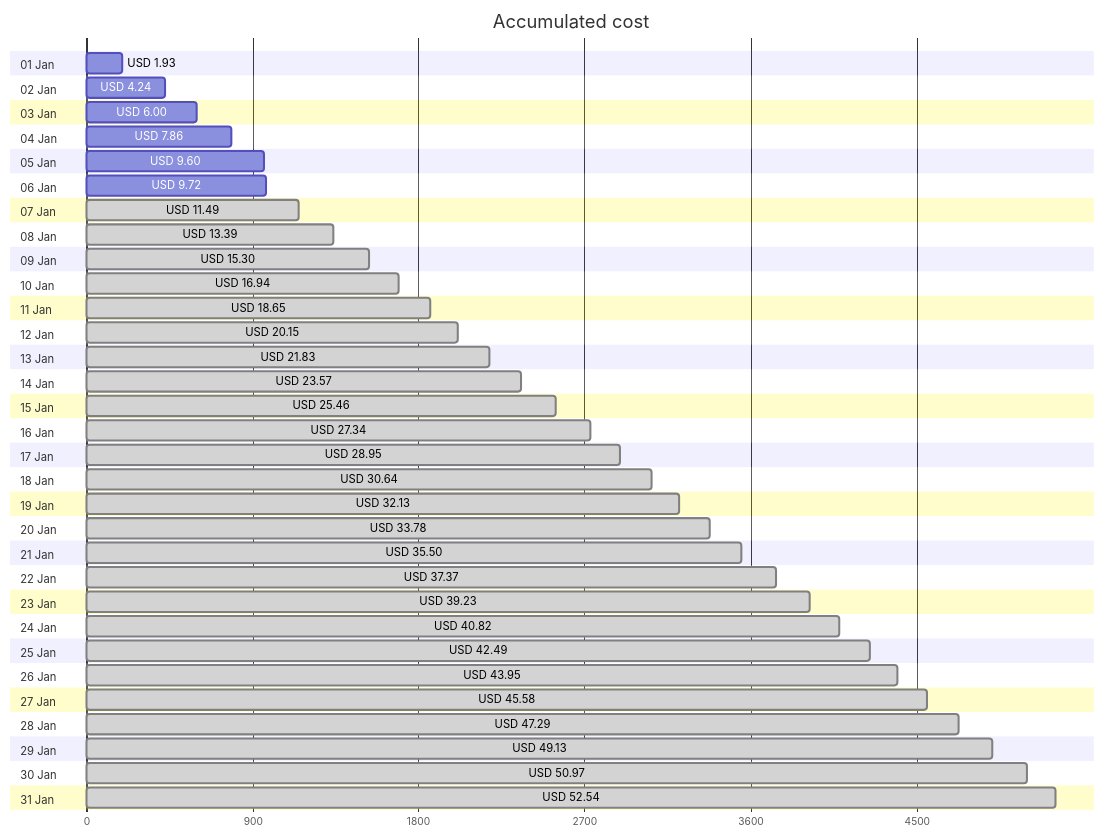
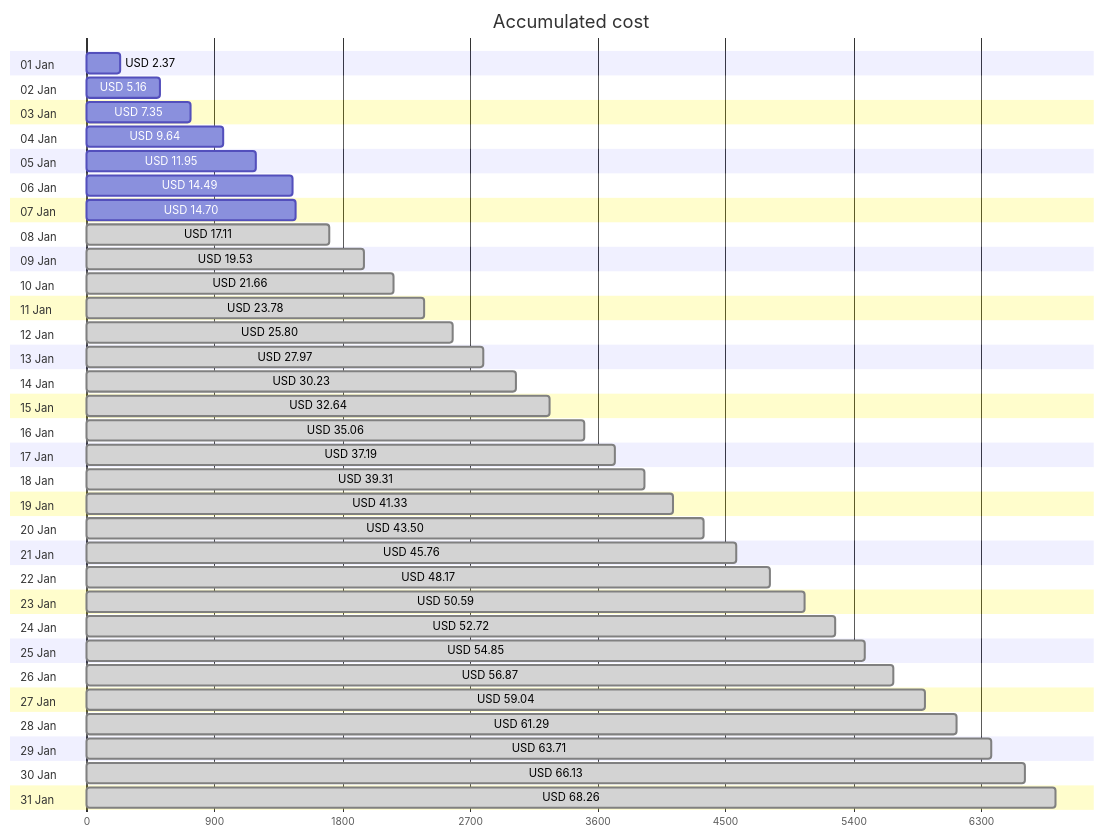
The first of 4 diagrams in cost-reports/personal-network/README.md (jpfulton/azure-personal-reports), drawn with Mermaid before and after one commit. The commit also changed other lines of this file and 8 other files, not shown here.

````diff
--- a/cost-reports/personal-network/README.md
+++ b/cost-reports/personal-network/README.md
@@ -20,68 +20,68 @@
 ```mermaid
 gantt
    title Accumulated cost
    dateFormat  X
    axisFormat %s
    section 01 Jan
-   USD 1.93 :0, 193
+   USD 2.37 :0, 237
    section 02 Jan
-   USD 4.24 :0, 424
+   USD 5.16 :0, 516
    section 03 Jan
-   USD 6.00 :0, 600
+   USD 7.35 :0, 735
    section 04 Jan
-   USD 7.86 :0, 786
+   USD 9.64 :0, 964
    section 05 Jan
-   USD 9.60 :0, 960
+   USD 11.95 :0, 1195
    section 06 Jan
-   USD 9.72 :0, 972
+   USD 14.49 :0, 1449
    section 07 Jan
-   USD 11.49 : done, 0, 1149
+   USD 14.70 :0, 1470
    section 08 Jan
-   USD 13.39 : done, 0, 1339
+   USD 17.11 : done, 0, 1711
    section 09 Jan
-   USD 15.30 : done, 0, 1530
+   USD 19.53 : done, 0, 1953
    section 10 Jan
-   USD 16.94 : done, 0, 1694
+   USD 21.66 : done, 0, 2166
    section 11 Jan
-   USD 18.65 : done, 0, 1865
+   USD 23.78 : done, 0, 2378
    section 12 Jan
-   USD 20.15 : done, 0, 2015
+   USD 25.80 : done, 0, 2580
    section 13 Jan
-   USD 21.83 : done, 0, 2183
+   USD 27.97 : done, 0, 2797
    section 14 Jan
-   USD 23.57 : done, 0, 2357
+   USD 30.23 : done, 0, 3023
    section 15 Jan
-   USD 25.46 : done, 0, 2546
+   USD 32.64 : done, 0, 3264
    section 16 Jan
-   USD 27.34 : done, 0, 2734
+   USD 35.06 : done, 0, 3506
    section 17 Jan
-   USD 28.95 : done, 0, 2895
+   USD 37.19 : done, 0, 3719
    section 18 Jan
-   USD 30.64 : done, 0, 3064
+   USD 39.31 : done, 0, 3931
    section 19 Jan
-   USD 32.13 : done, 0, 3213
+   USD 41.33 : done, 0, 4133
    section 20 Jan
-   USD 33.78 : done, 0, 3378
+   USD 43.50 : done, 0, 4350
    section 21 Jan
-   USD 35.50 : done, 0, 3550
+   USD 45.76 : done, 0, 4576
    section 22 Jan
-   USD 37.37 : done, 0, 3737
+   USD 48.17 : done, 0, 4817
    section 23 Jan
-   USD 39.23 : done, 0, 3923
+   USD 50.59 : done, 0, 5059
    section 24 Jan
-   USD 40.82 : done, 0, 4082
+   USD 52.72 : done, 0, 5272
    section 25 Jan
-   USD 42.49 : done, 0, 4249
+   USD 54.85 : done, 0, 5485
    section 26 Jan
-   USD 43.95 : done, 0, 4395
+   USD 56.87 : done, 0, 5687
    section 27 Jan
-   USD 45.58 : done, 0, 4558
+   USD 59.04 : done, 0, 5904
    section 28 Jan
-   USD 47.29 : done, 0, 4729
+   USD 61.29 : done, 0, 6129
    section 29 Jan
-   USD 49.13 : done, 0, 4913
+   USD 63.71 : done, 0, 6371
    section 30 Jan
-   USD 50.97 : done, 0, 5097
+   USD 66.13 : done, 0, 6613
    section 31 Jan
-   USD 52.54 : done, 0, 5254
+   USD 68.26 : done, 0, 6826
 ```
````
